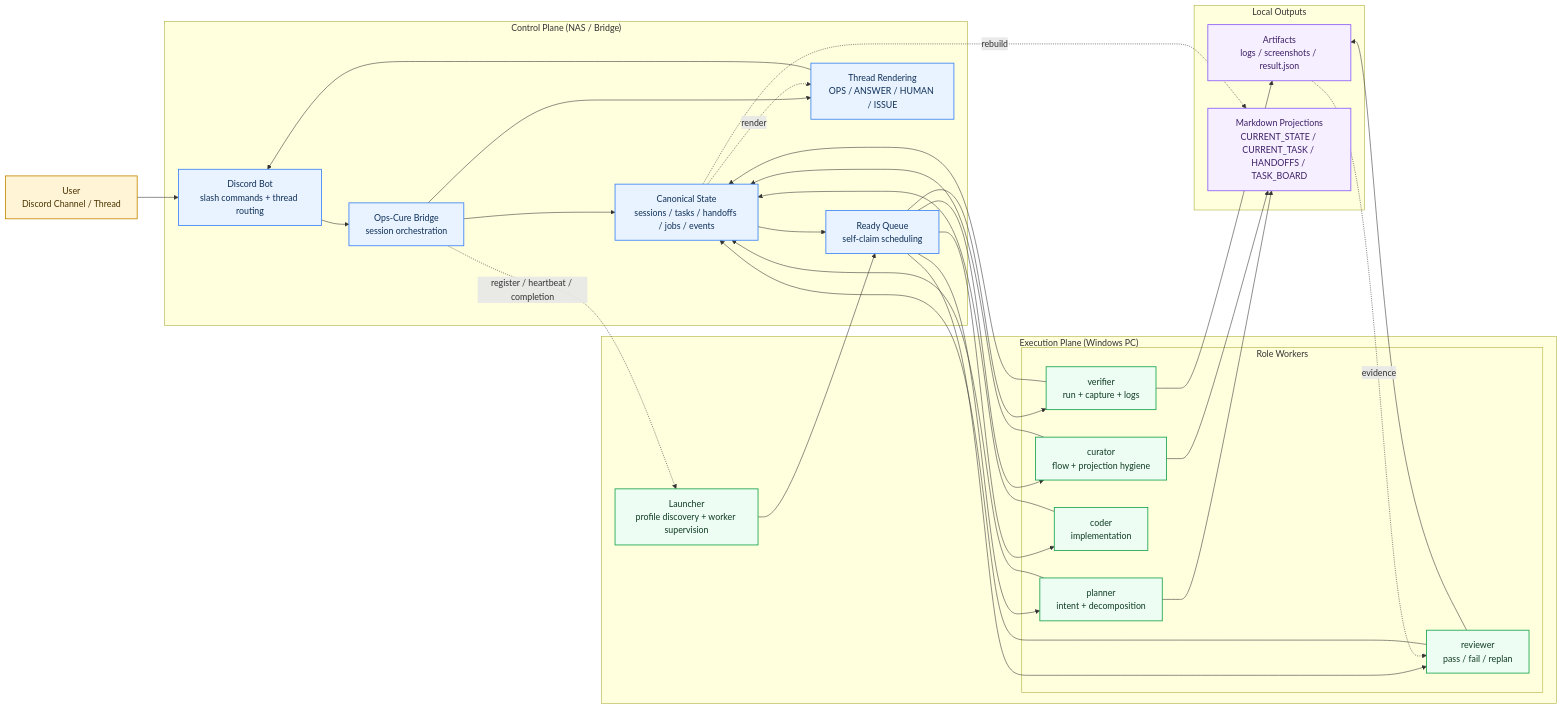
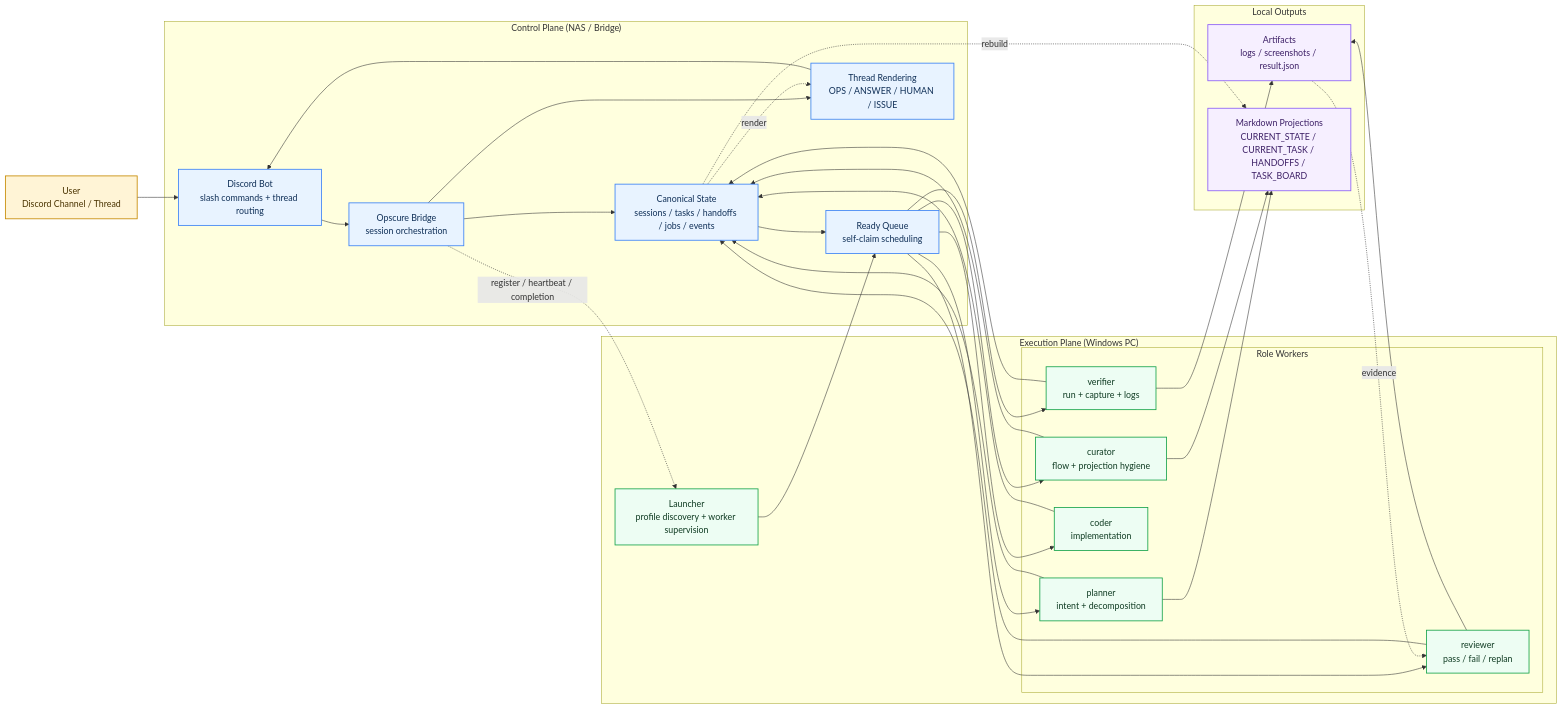
One commit to darkhtk/ops-cure changed the diagram in README.md. Above: the diagram before and after it, drawn with Mermaid. The commit also changed other lines of this file and 14 other files, not shown here.

Commit message:
Rename Ops-Cure brand to Opscure

````diff
--- a/README.md
+++ b/README.md
@@ -26,69 +26,69 @@
 ```mermaid
 flowchart LR
     user["User<br/>Discord Channel / Thread"]
 
     subgraph control["Control Plane (NAS / Bridge)"]
         discord["Discord Bot<br/>slash commands + thread routing"]
-        bridge["Ops-Cure Bridge<br/>session orchestration"]
+        bridge["Opscure Bridge<br/>session orchestration"]
         state["Canonical State<br/>sessions / tasks / handoffs / jobs / events"]
         queue["Ready Queue<br/>self-claim scheduling"]
         announce["Thread Rendering<br/>OPS / ANSWER / HUMAN / ISSUE"]
     end
 
     subgraph execution["Execution Plane (Windows PC)"]
         launcher["Launcher<br/>profile discovery + worker supervision"]
 
         subgraph agents["Role Workers"]
             planner["planner<br/>intent + decomposition"]
             curator["curator<br/>flow + projection hygiene"]
             coder["coder<br/>implementation"]
             verifier["verifier<br/>run + capture + logs"]
             reviewer["reviewer<br/>pass / fail / replan"]
         end
     end
 
     subgraph outputs["Local Outputs"]
         artifacts["Artifacts<br/>logs / screenshots / result.json"]
         projections["Markdown Projections<br/>CURRENT_STATE / CURRENT_TASK / HANDOFFS / TASK_BOARD"]
     end
 
     user --> discord
     discord --> bridge
     bridge --> state
     state --> queue
     bridge --> announce
     announce --> discord
 
     launcher --> queue
     queue --> planner
     queue --> curator
     queue --> coder
     queue --> verifier
     queue --> reviewer
 
     planner --> state
     curator --> state
     coder --> state
     verifier --> state
     reviewer --> state
 
     planner --> projections
     curator --> projections
     verifier --> artifacts
     reviewer --> artifacts
 
     state -. rebuild .-> projections
     artifacts -. evidence .-> reviewer
     state -. render .-> announce
     bridge -. register / heartbeat / completion .-> launcher
 
     classDef user fill:#fff4d6,stroke:#c68a00,color:#4a3300,stroke-width:1.5px;
     classDef control fill:#e8f3ff,stroke:#3b82f6,color:#0f2f57,stroke-width:1.5px;
     classDef execution fill:#edfdf3,stroke:#16a34a,color:#0f3b22,stroke-width:1.5px;
     classDef output fill:#f6efff,stroke:#8b5cf6,color:#3c1f66,stroke-width:1.5px;
 
     class user user;
     class discord,bridge,state,queue,announce control;
     class launcher,planner,curator,coder,verifier,reviewer execution;
     class artifacts,projections output;
 ```
````
